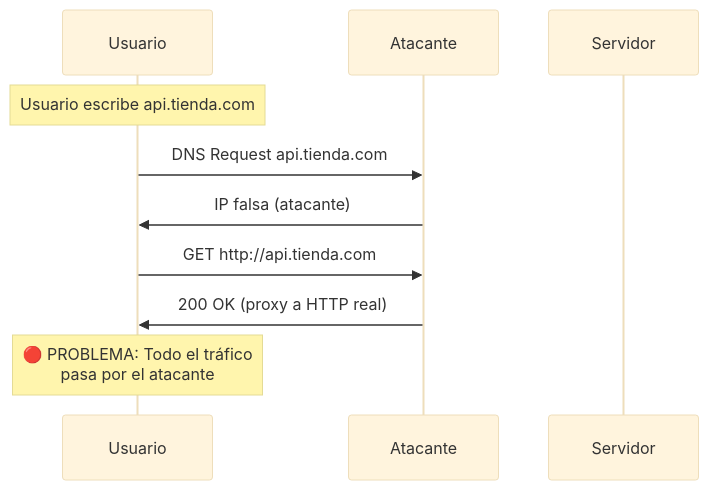
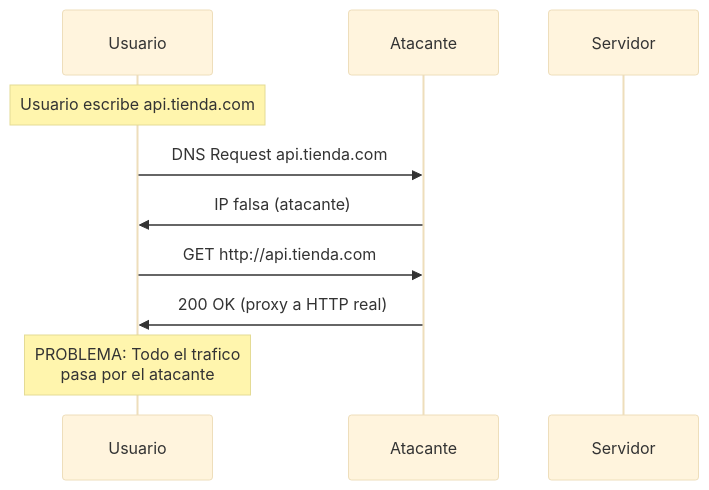
One commit to joseluisgs/TiendaDawApi-NetCore changed the seventh of 14 diagrams in doc/27-seguridad-http.md. Above: the diagram before and after it, drawn with Mermaid (base theme). The commit also changed other lines of this file, not shown here.

First line of the commit message:
fix: Corregir errores de sintaxis Mermaid en doc/27-seguridad-http.md

````diff
--- a/doc/27-seguridad-http.md
+++ b/doc/27-seguridad-http.md
@@ -284,15 +284,15 @@
 ```mermaid
 sequenceDiagram
     participant Usuario
     participant Atacante
     participant Servidor
     
     Note over Usuario: Usuario escribe api.tienda.com
     
     Usuario->>Atacante: DNS Request api.tienda.com
     Atacante->>Usuario: IP falsa (atacante)
     Usuario->>Atacante: GET http://api.tienda.com
     Atacante->>Usuario: 200 OK (proxy a HTTP real)
     
-    Note over Usuario: 🔴 PROBLEMA: Todo el tráfico<br/>pasa por el atacante
+    Note over Usuario: PROBLEMA: Todo el trafico<br/>pasa por el atacante
 ```
````
